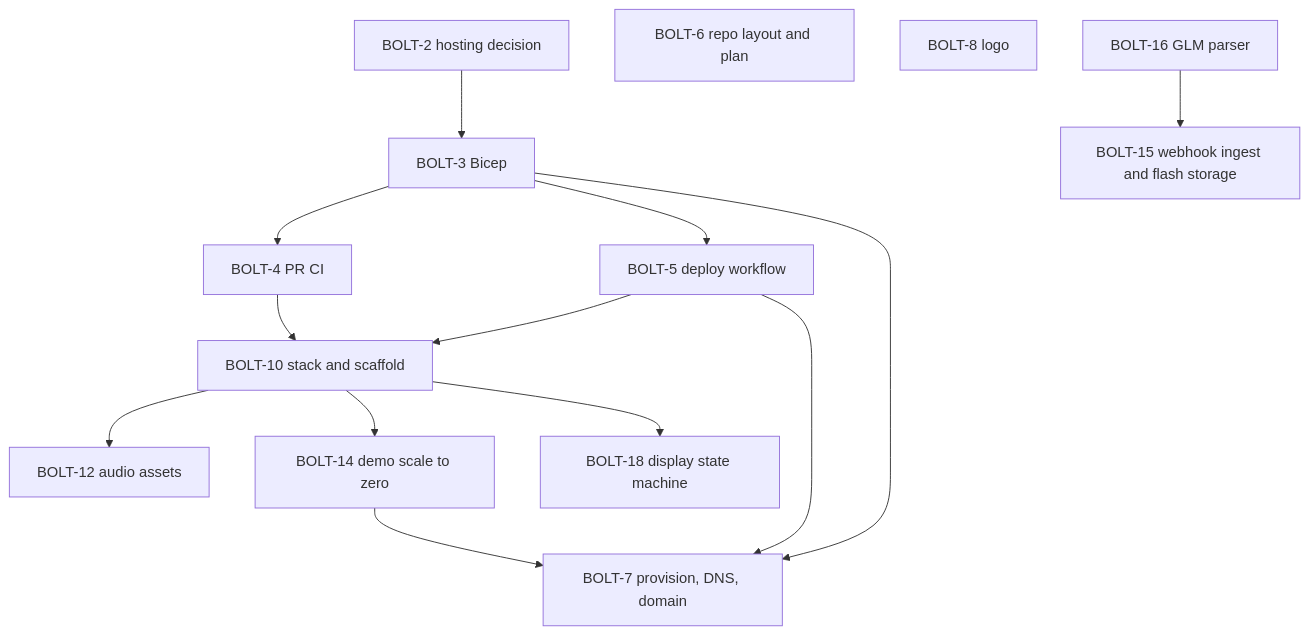
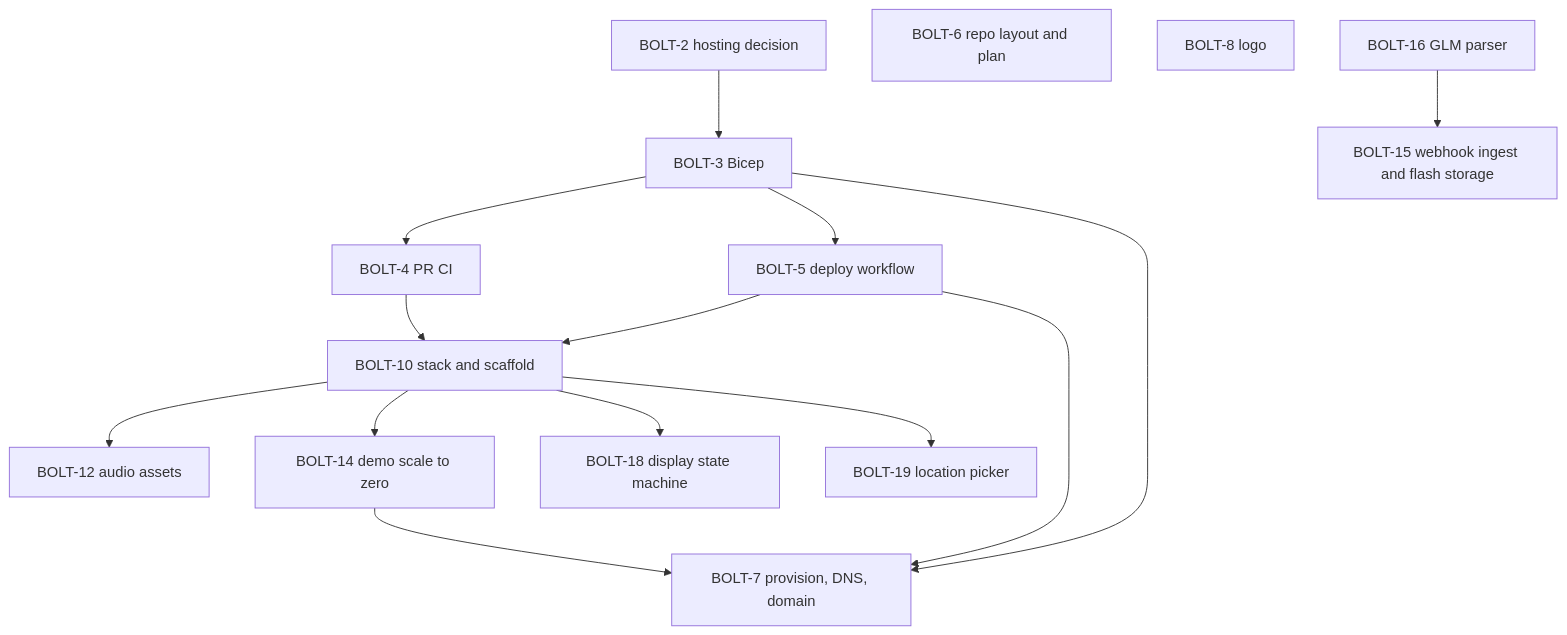
The diagram in docs/plan.md (henrique-meyer/boltclock), drawn with Mermaid before and after one commit. The commit also changed other lines of this file and 23 other files, not shown here.

First line of the commit message:
BOLT-19 Add the location picker: Google Maps pin, radius circle and Places search

````diff
--- a/docs/plan.md
+++ b/docs/plan.md
@@ -15,28 +15,30 @@
 ```mermaid
 flowchart TD
   s2[BOLT-2 hosting decision]
   s3[BOLT-3 Bicep]
   s4[BOLT-4 PR CI]
   s5[BOLT-5 deploy workflow]
   s6[BOLT-6 repo layout and plan]
   s7[BOLT-7 provision, DNS, domain]
   s8[BOLT-8 logo]
   s10[BOLT-10 stack and scaffold]
   s12[BOLT-12 audio assets]
   s14[BOLT-14 demo scale to zero]
   s15[BOLT-15 webhook ingest and flash storage]
   s16[BOLT-16 GLM parser]
   s18[BOLT-18 display state machine]
+  s19[BOLT-19 location picker]
   s2 --> s3
   s4 --> s10
   s5 --> s10
   s3 --> s4
   s3 --> s5
   s3 --> s7
   s5 --> s7
   s10 --> s12
   s10 --> s14
   s14 --> s7
   s16 --> s15
   s10 --> s18
+  s10 --> s19
 ```
````
